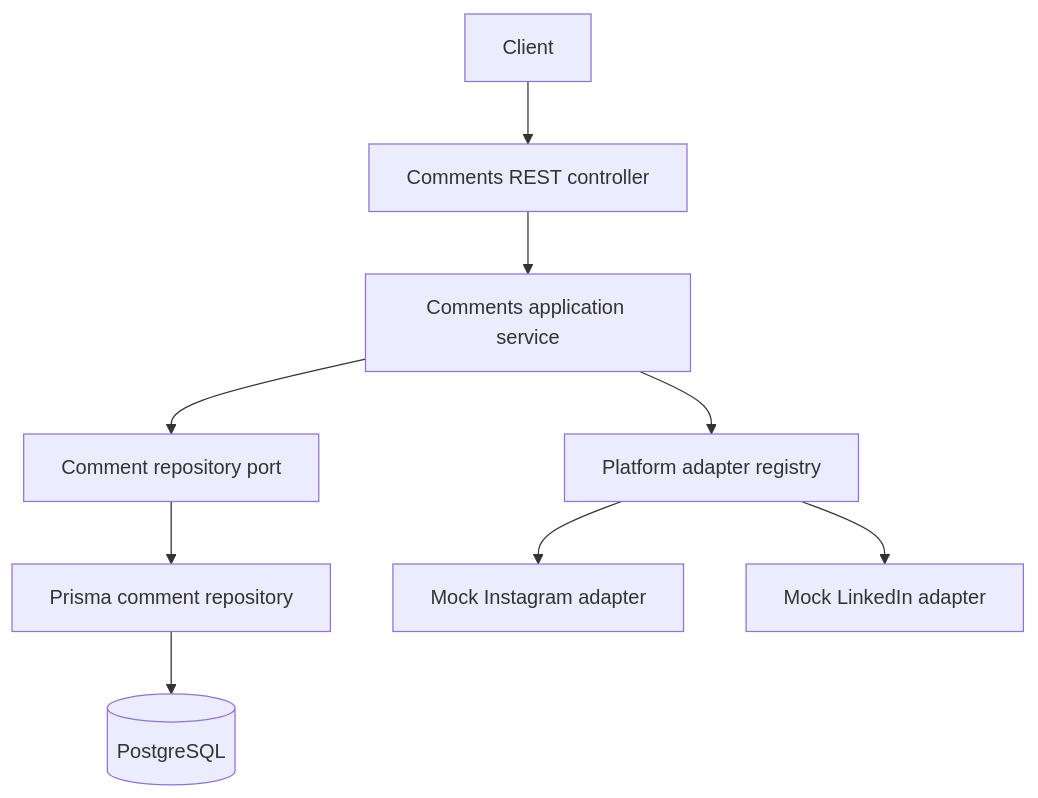
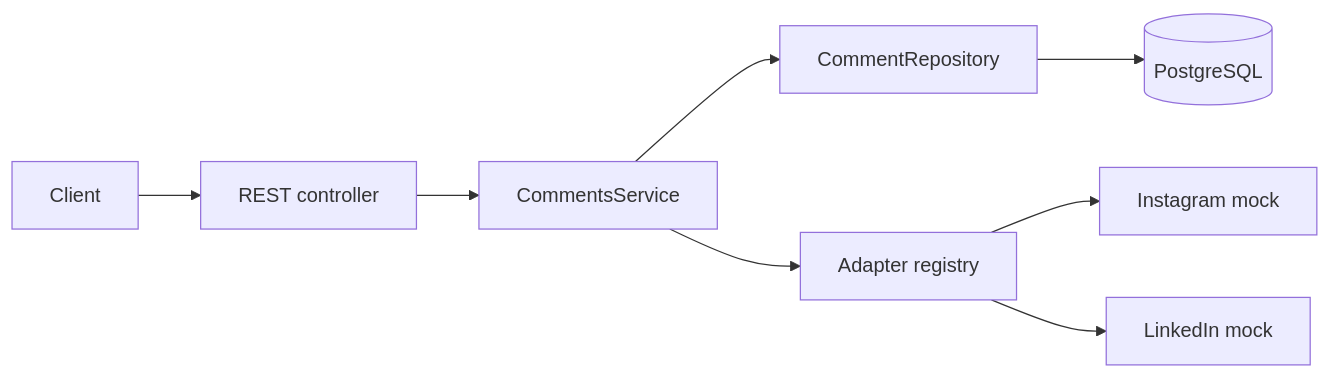
One commit to AlexTikhon/CommentBridge changed the diagram in README.md. Above: the diagram before and after it, drawn with Mermaid. The commit also changed other lines of this file and 30 other files, not shown here.

````diff
--- a/README.md
+++ b/README.md
@@ -18,11 +36,10 @@
 ```mermaid
-flowchart TD
-  Client --> Controller[Comments REST controller]
-  Controller --> Service[Comments application service]
-  Service --> RepoPort[Comment repository port]
-  Service --> Registry[Platform adapter registry]
-  RepoPort --> PrismaRepo[Prisma comment repository]
-  PrismaRepo --> DB[(PostgreSQL)]
-  Registry --> Instagram[Mock Instagram adapter]
-  Registry --> LinkedIn[Mock LinkedIn adapter]
+flowchart LR
+  Client --> Controller[REST controller]
+  Controller --> Service[CommentsService]
+  Service --> Repository[CommentRepository]
+  Service --> Registry[Adapter registry]
+  Repository --> PostgreSQL[(PostgreSQL)]
+  Registry --> Instagram[Instagram mock]
+  Registry --> LinkedIn[LinkedIn mock]
 ```
````
